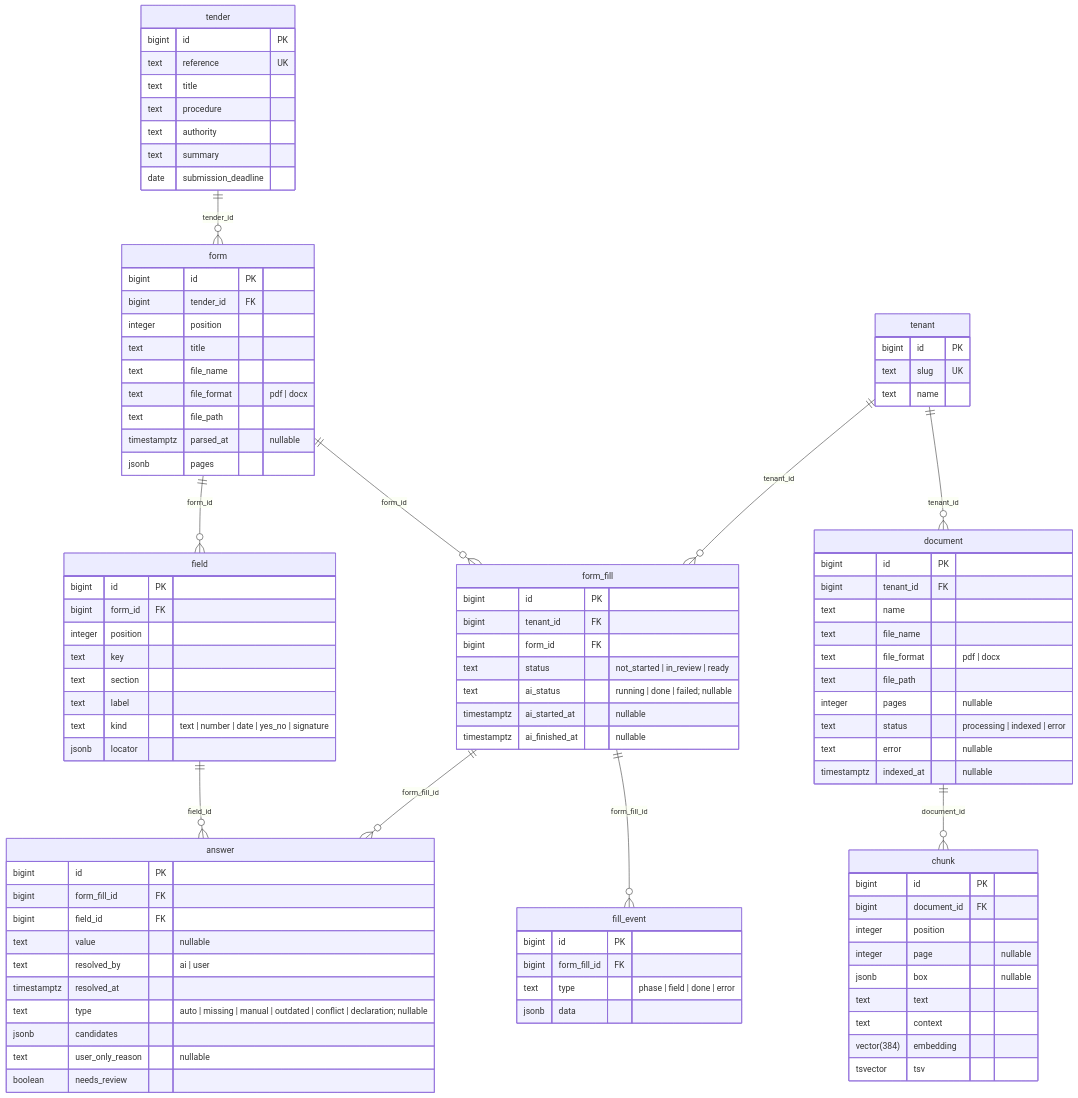
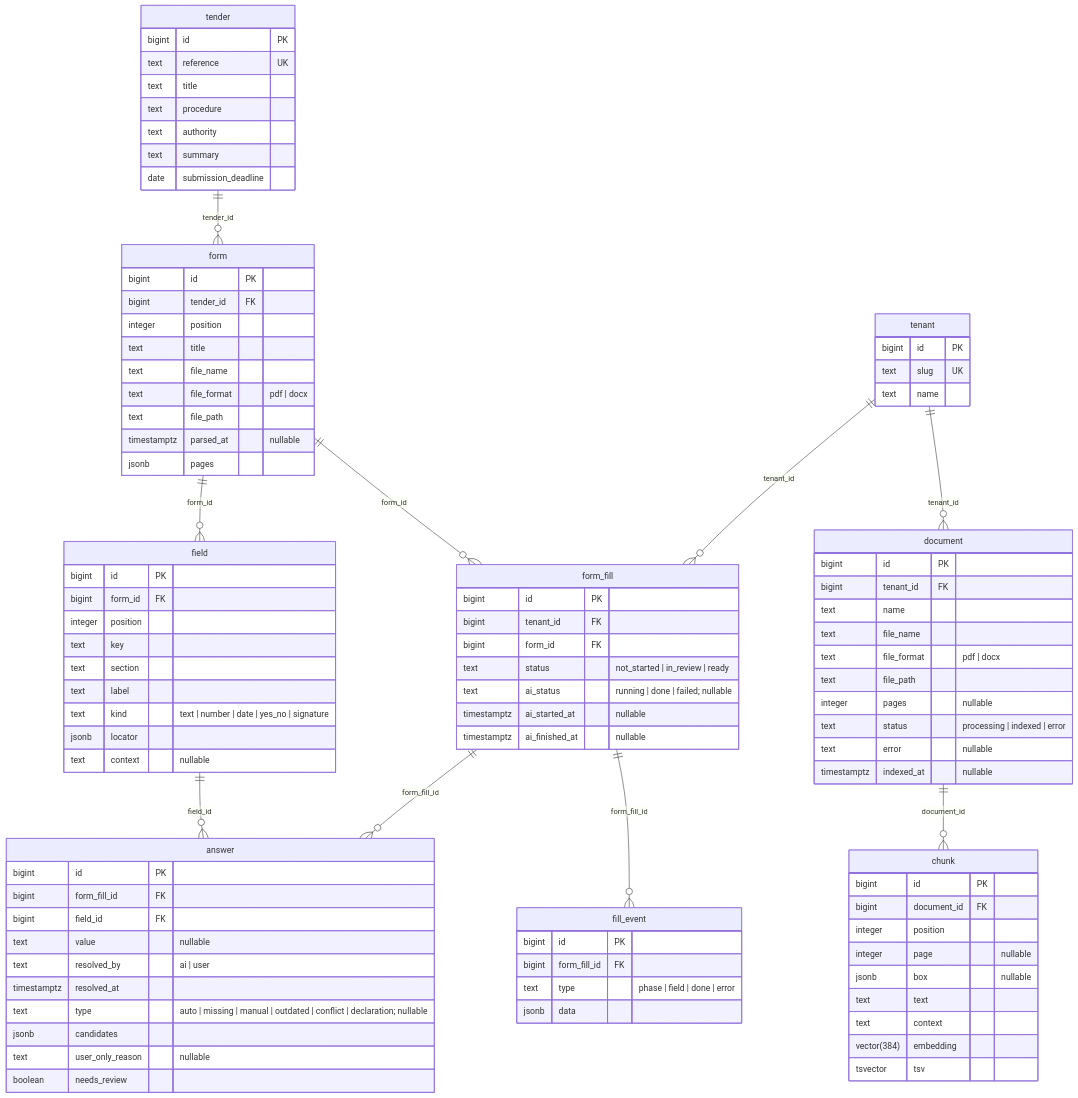
Before and after one commit to remilry/test-sealio: the diagram in docs/DB_SCHEMA.md, drawn with Mermaid. The commit also changed 7 other files, not shown here.

```diff
--- a/docs/DB_SCHEMA.md
+++ b/docs/DB_SCHEMA.md
@@ -61,6 +61,7 @@
         text label
         text kind "text | number | date | yes_no | signature"
         jsonb locator
+        text context "nullable"
     }
     fill_event {
         bigint id PK
```
